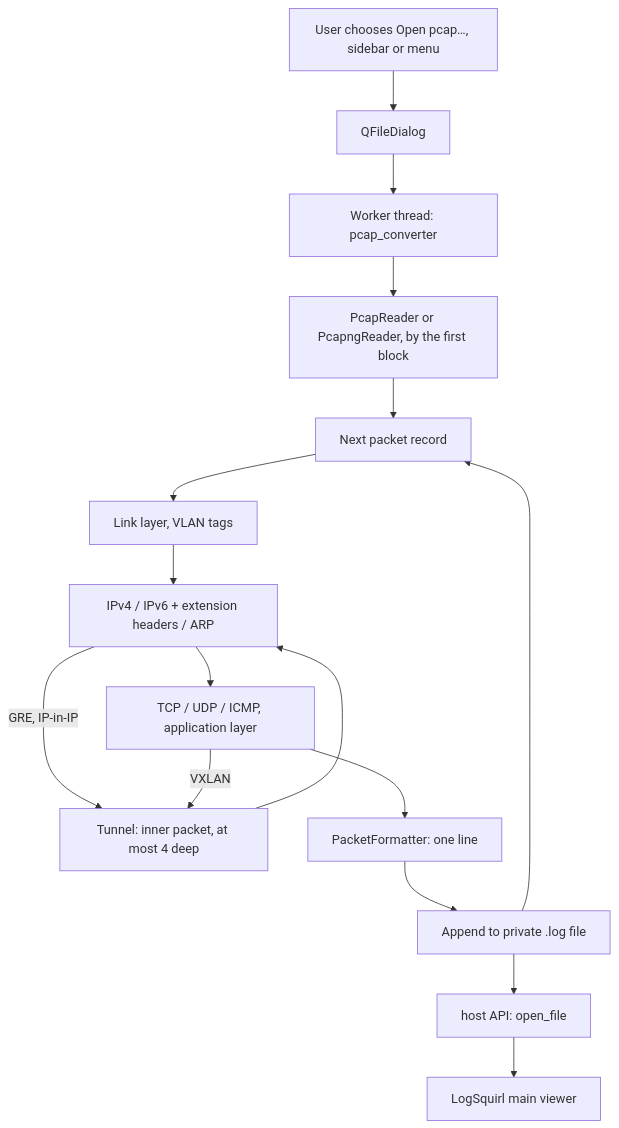
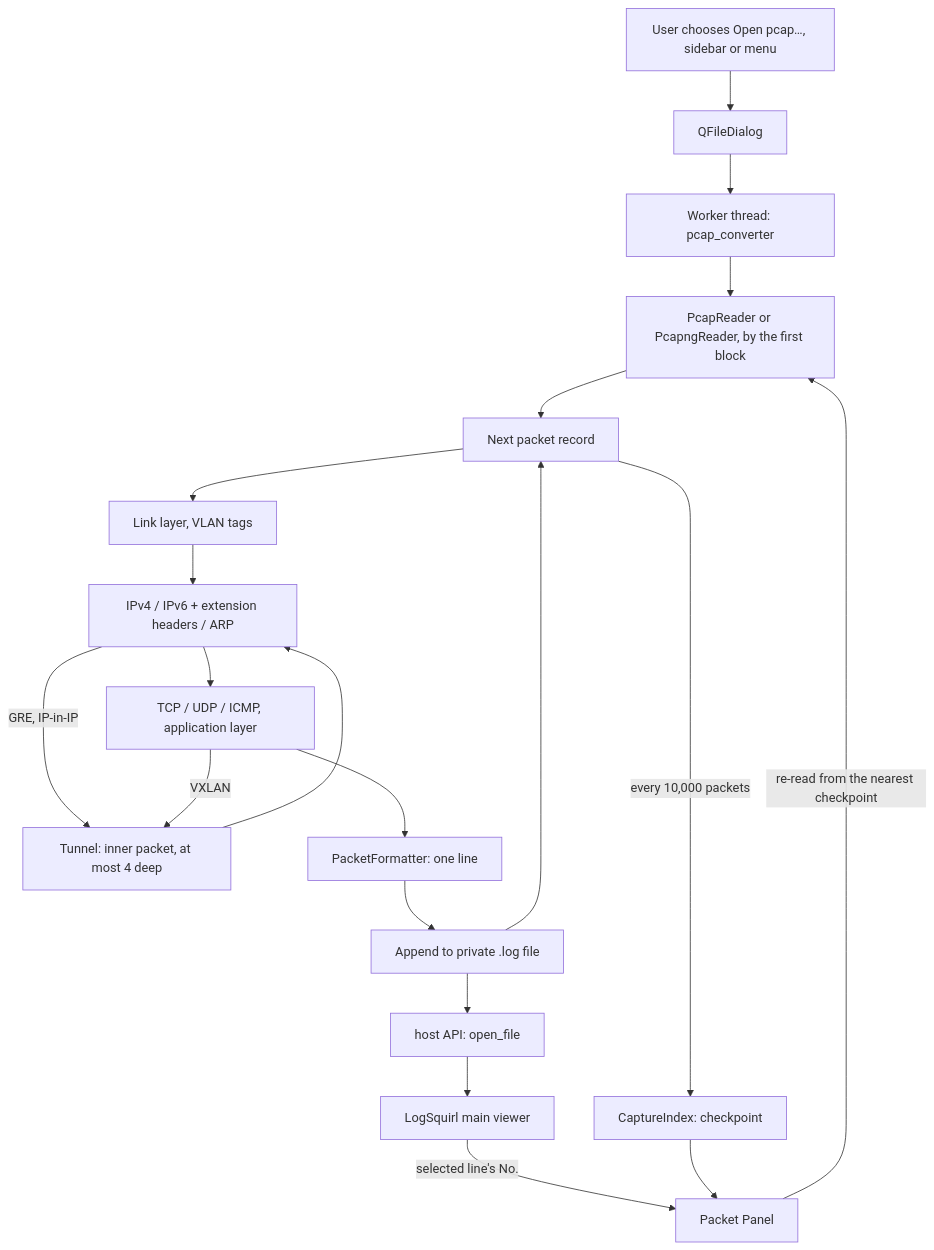
One commit to 64x-lunicorn/LogSquirl-tcpdump changed the diagram in README.md. Above: the diagram before and after it, drawn with Mermaid. The commit also changed other lines of this file and 2 other files, not shown here.

First line of the commit message:
Describe the Packet Panel in the README, guide and changelog

````diff
--- a/README.md
+++ b/README.md
@@ -321,18 +334,22 @@
 ```mermaid
 graph TD
     A[User chooses Open pcap…, sidebar or menu] --> B[QFileDialog]
     B --> C[Worker thread: pcap_converter]
     C --> D[PcapReader or PcapngReader, by the first block]
     D --> E[Next packet record]
     E --> F[Link layer, VLAN tags]
     F --> G[IPv4 / IPv6 + extension headers / ARP]
     G --> H[TCP / UDP / ICMP, application layer]
     G -->|GRE, IP-in-IP| T[Tunnel: inner packet, at most 4 deep]
     H -->|VXLAN| T
     T --> G
     H --> I[PacketFormatter: one line]
     I --> J[Append to private .log file]
     J --> E
     J --> K[host API: open_file]
     K --> L[LogSquirl main viewer]
+    E -->|every 10,000 packets| X[CaptureIndex: checkpoint]
+    L -->|selected line's No.| P[Packet Panel]
+    X --> P
+    P -->|re-read from the nearest checkpoint| D
 ```
````
